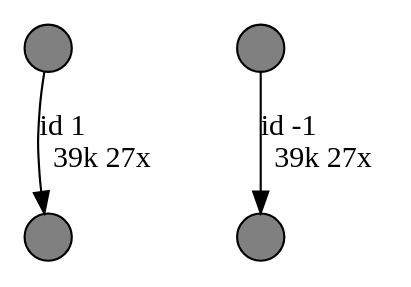
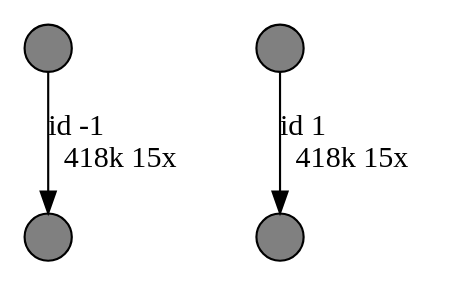
One commit to bgruening/galaxytools changed the diagram in tools/flye/test-data/result1_assembly_graph.dot. Above: the diagram before and after it, drawn with Graphviz. The commit also changed 35 other files, not shown here.

```diff
--- a/tools/flye/test-data/result1_assembly_graph.dot
+++ b/tools/flye/test-data/result1_assembly_graph.dot
@@ -1,10 +1,10 @@
 digraph {
 nodesep = 0.5;
 node [shape = circle, label = "", height = 0.3];
 "0" [style = "filled", fillcolor = "grey"];
 "1" [style = "filled", fillcolor = "grey"];
 "2" [style = "filled", fillcolor = "grey"];
 "3" [style = "filled", fillcolor = "grey"];
-"0" -> "2" [label = "id 1\l39k 27x", color = "black"] ;
-"1" -> "3" [label = "id -1\l39k 27x", color = "black"] ;
+"1" -> "3" [label = "id 1\l418k 15x", color = "black"] ;
+"2" -> "0" [label = "id -1\l418k 15x", color = "black"] ;
 }
```
